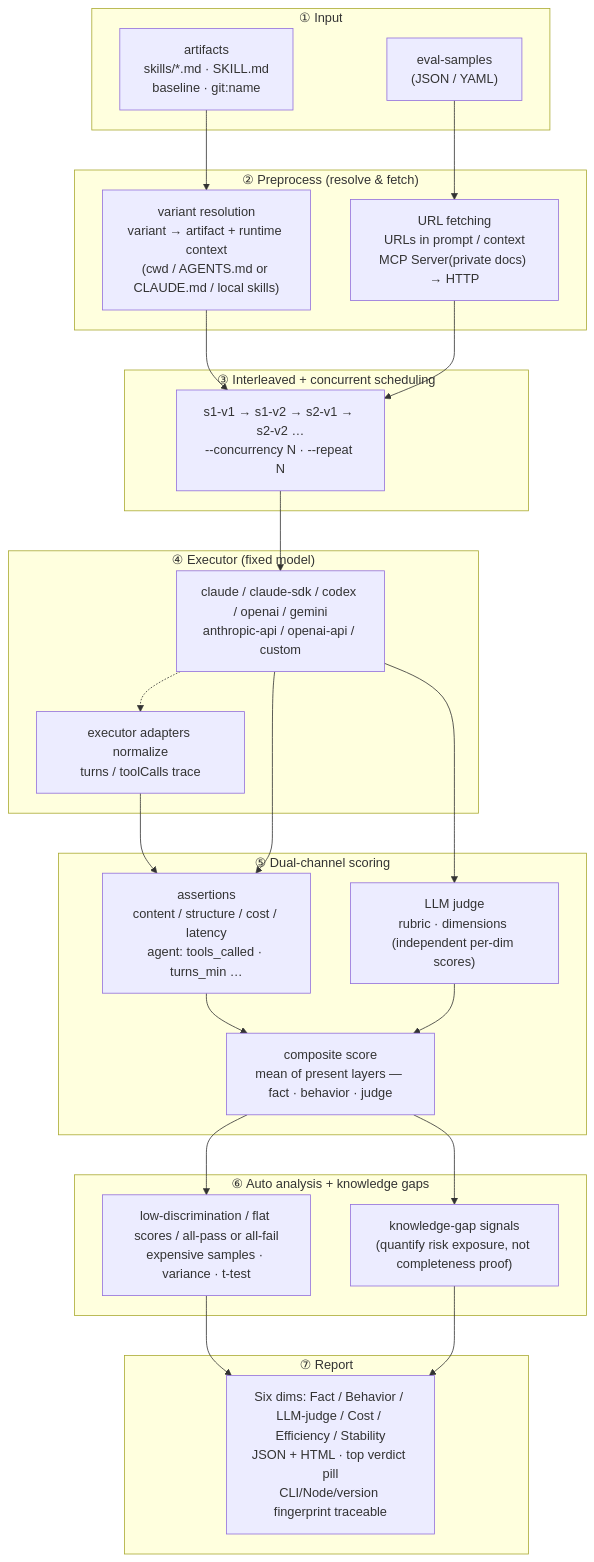
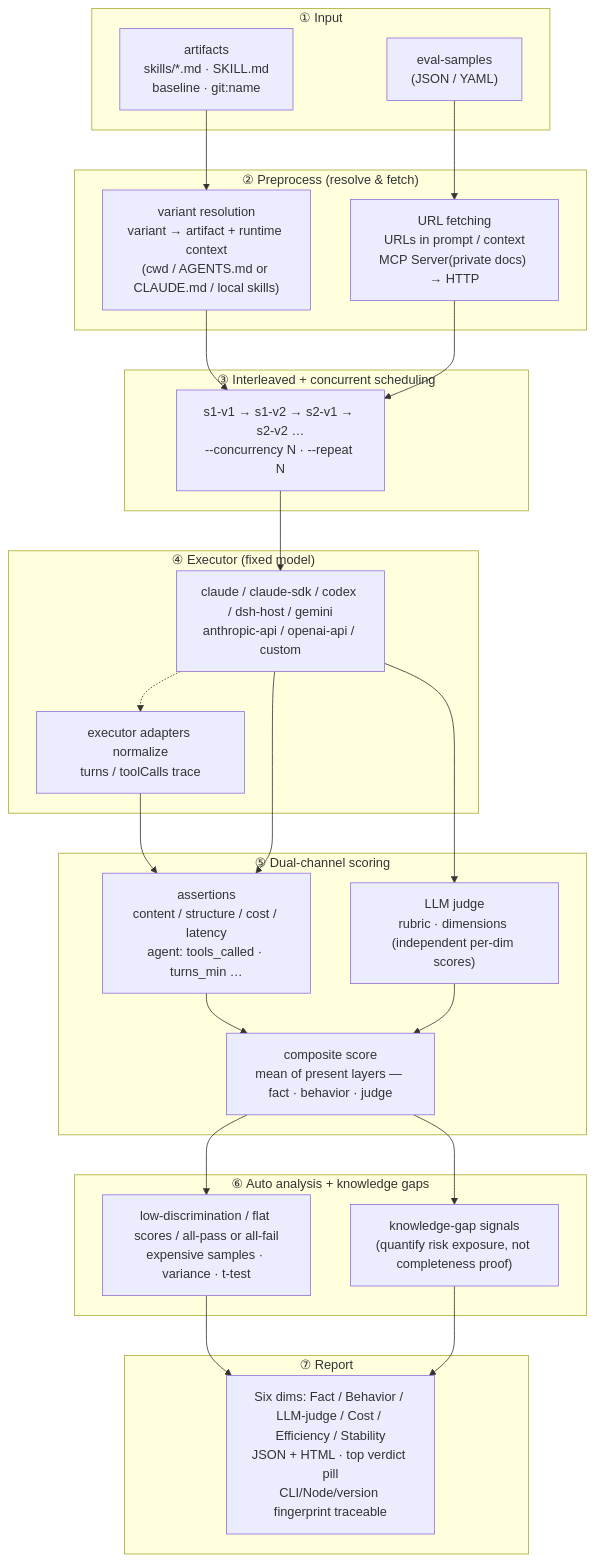
Before and after one commit to lizhiyao/oh-my-knowledge: the first of 2 diagrams in docs/explanation/architecture.md, drawn with Mermaid. The commit also changed other lines of this file and 32 other files, not shown here.

````diff
--- a/docs/explanation/architecture.md
+++ b/docs/explanation/architecture.md
@@ -5,52 +5,52 @@
 ```mermaid
 flowchart TD
     subgraph Input["① Input"]
         S["eval-samples<br/>(JSON / YAML)"]
         A["artifacts<br/>skills/*.md · SKILL.md<br/>baseline · git:name"]
     end
 
     subgraph Prep["② Preprocess (resolve & fetch)"]
         V["variant resolution<br/>variant → artifact + runtime context<br/>(cwd / AGENTS.md or CLAUDE.md / local skills)"]
         U["URL fetching<br/>URLs in prompt / context<br/>MCP Server(private docs) → HTTP"]
     end
 
     subgraph Schedule["③ Interleaved + concurrent scheduling"]
         Q["s1-v1 → s1-v2 → s2-v1 → s2-v2 …<br/>--concurrency N · --repeat N"]
     end
 
     subgraph Exec["④ Executor (fixed model)"]
-        E["claude / claude-sdk / codex / openai / gemini<br/>anthropic-api / openai-api / custom"]
+        E["claude / claude-sdk / codex / dsh-host / gemini<br/>anthropic-api / openai-api / custom"]
         T["executor adapters normalize<br/>turns / toolCalls trace"]
         E -.-> T
     end
 
     subgraph Score["⑤ Dual-channel scoring"]
         AS["assertions<br/>content / structure / cost / latency<br/>agent: tools_called · turns_min …"]
         LS["LLM judge<br/>rubric · dimensions (independent per-dim scores)"]
         CS["composite score<br/>mean of present layers — fact · behavior · judge"]
         AS --> CS
         LS --> CS
     end
 
     subgraph Analyze["⑥ Auto analysis + knowledge gaps"]
         D["low-discrimination / flat scores / all-pass or all-fail<br/>expensive samples · variance · t-test"]
         G["knowledge-gap signals<br/>(quantify risk exposure, not completeness proof)"]
     end
 
     subgraph Report["⑦ Report"]
         R["Six dims: Fact / Behavior / LLM-judge / Cost / Efficiency / Stability<br/>JSON + HTML · top verdict pill<br/>CLI/Node/version fingerprint traceable"]
     end
 
     S --> U
     A --> V
     V --> Q
     U --> Q
     Q --> E
     T --> AS
     E --> AS
     E --> LS
     CS --> D
     CS --> G
     D --> R
     G --> R
 ```
````
